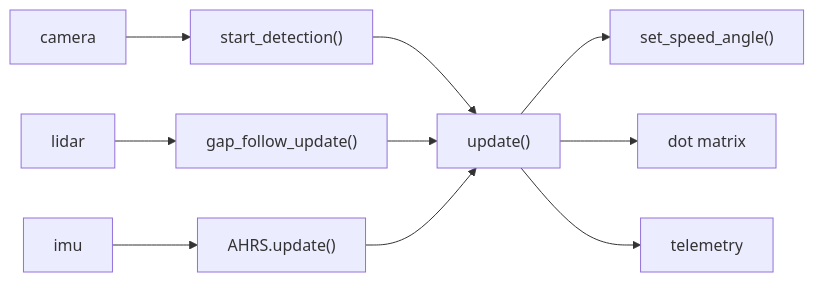
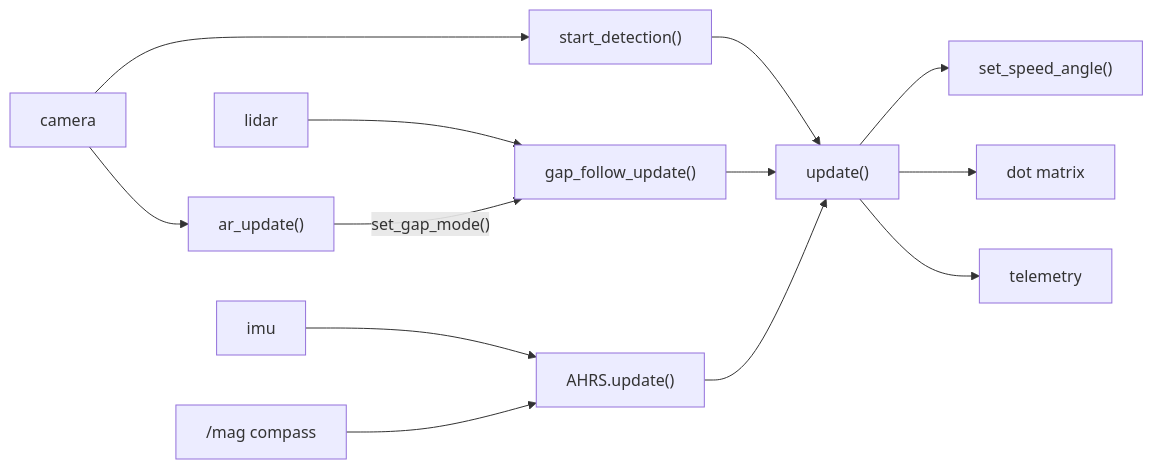
Before and after one commit to paul-sopin/team4-bwsiracecar-grandprix: the first of 2 diagrams in README.md, drawn with Mermaid. The commit also changed other lines of this file and 8 other files, not shown here.

````diff
--- a/README.md
+++ b/README.md
@@ -54,12 +59,15 @@
 ```mermaid
 flowchart LR
 CAM[camera] --> SD["start_detection()"]
+CAM --> AR["ar_update()"]
 LID[lidar] --> GF["gap_follow_update()"]
 IMU[imu] --> AH["AHRS.update()"]
+MAG["/mag compass"] --> AH
+AR -->|"set_gap_mode()"| GF
 SD --> U["update()"]
 GF --> U
 AH --> U
 U --> DRV["set_speed_angle()"]
 U --> DISP["dot matrix"]
 U --> TEL["telemetry"]
 ```
````
